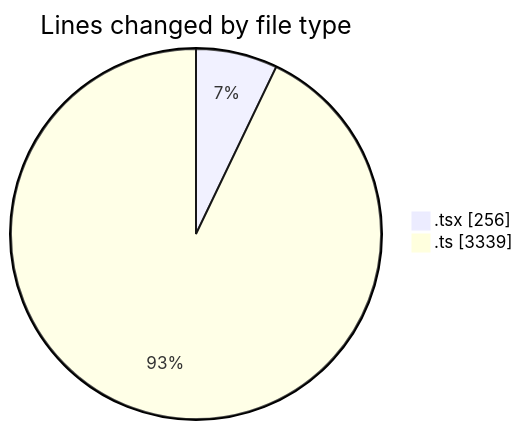
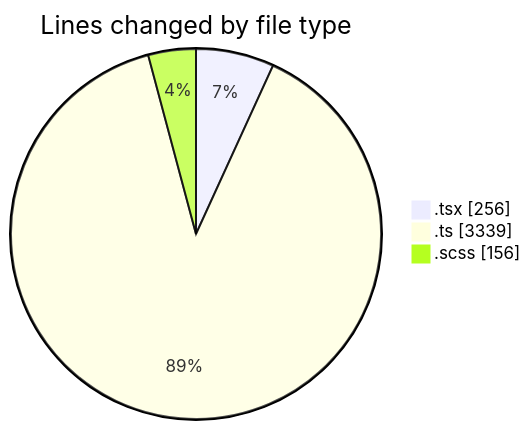
Before and after one commit to momahboobian/code-tracking: the first of 2 diagrams in 2025-09-17/cda/README.md, drawn with Mermaid. The commit also changed other lines of this file and 1 other file, not shown here.

````diff
--- a/2025-09-17/cda/README.md
+++ b/2025-09-17/cda/README.md
@@ -22,6 +23,7 @@
 ```mermaid
 pie showData
 title Lines changed by file type
 ".tsx" : 256
 ".ts" : 3339
+".scss" : 156
 ```
````
